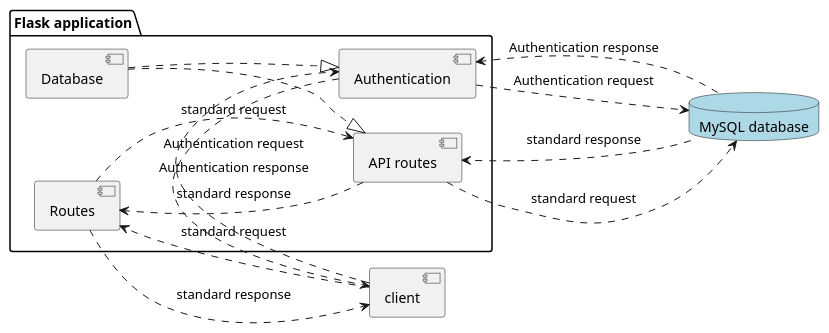
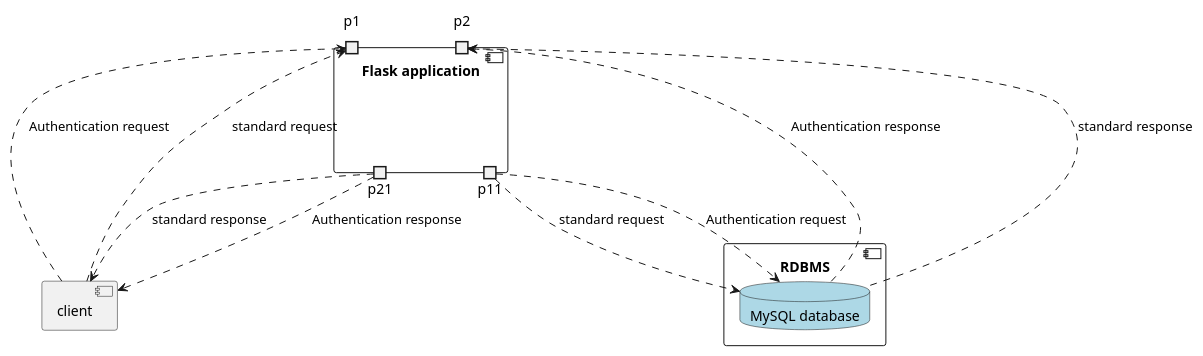
One commit to bilboque/MOOVIE_RECOMMENDER changed the diagram in checkpoint2/architecture.puml. Above: the diagram before and after it, drawn with PlantUML. The commit also changed 1 other file, not shown here.

Commit message:
changed architecture diagrams

```diff
--- a/checkpoint2/architecture.puml
+++ b/checkpoint2/architecture.puml
@@ -1,29 +1,26 @@
 @startuml
-left to right direction
 [client]
-package "Flask application" as FA{
-	[Routes] as R
-	[API routes] as AR
-	[Authentication] as A
-	[Database] as D
+component "Flask application" as FA{
+	portin p1
+	portin p2
+	portout p11
+	portout p21
 }
 
-database "MySQL database" as md #LightBlue{
+component "RDBMS"{
+	database "MySQL database" as md #LightBlue{
+	}
 }
 
-D ..|> AR
-D ..|> A
-[client] ..> R : standard request
-R ..> AR : standard request
-AR ..> md : standard request
-md ..> AR : standard response
-AR ..> R : standard response
-R ..> [client] : standard response
+[client] ..> p1 : standard request
+p11 ..> md : standard request
+md ..> p2 : standard response
+p21 ..> [client] : standard response
 
-[client] ..> A : Authentication request
-A ..> md : Authentication request
-md ..> A : Authentication response
-A ..> [client] : Authentication response
+[client] ..> p1 : Authentication request
+p11 ..> md : Authentication request
+md ..> p2 : Authentication response
+p21 ..> [client] : Authentication response
 
 
 @enduml
```
